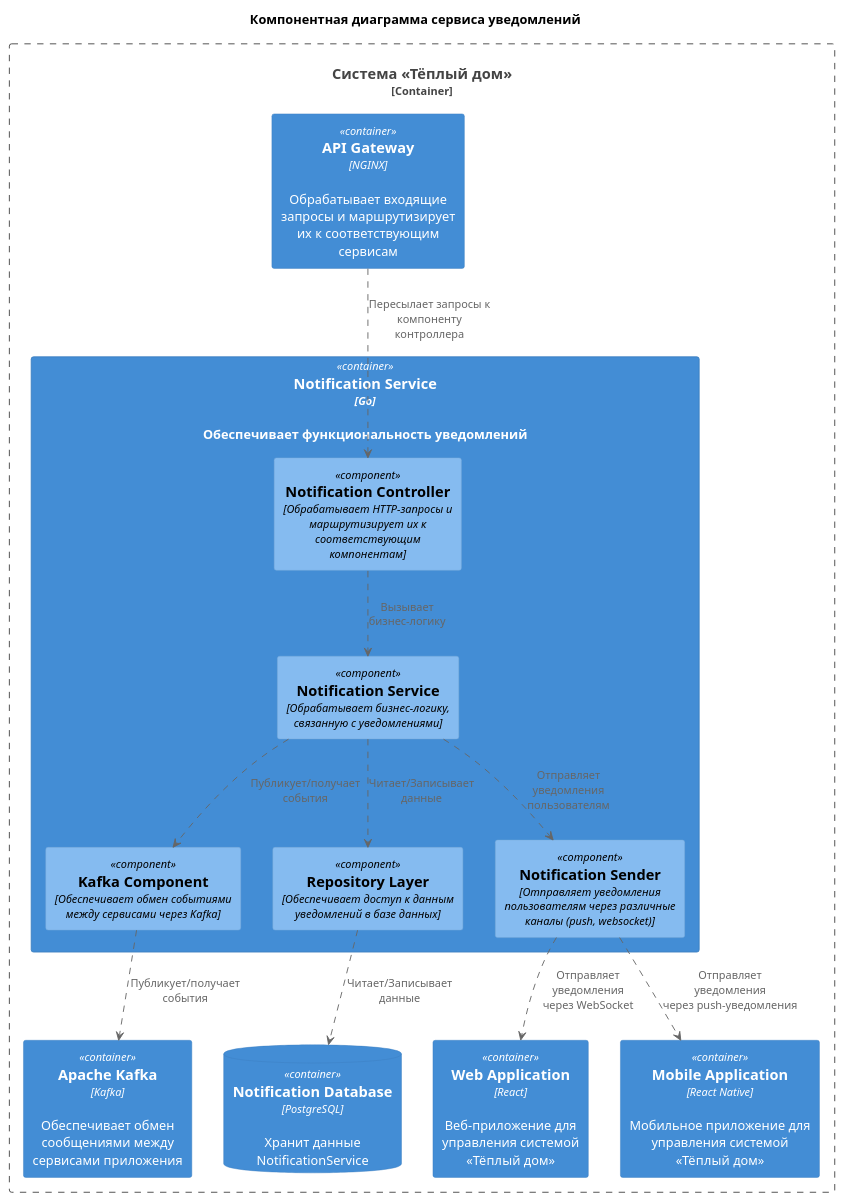
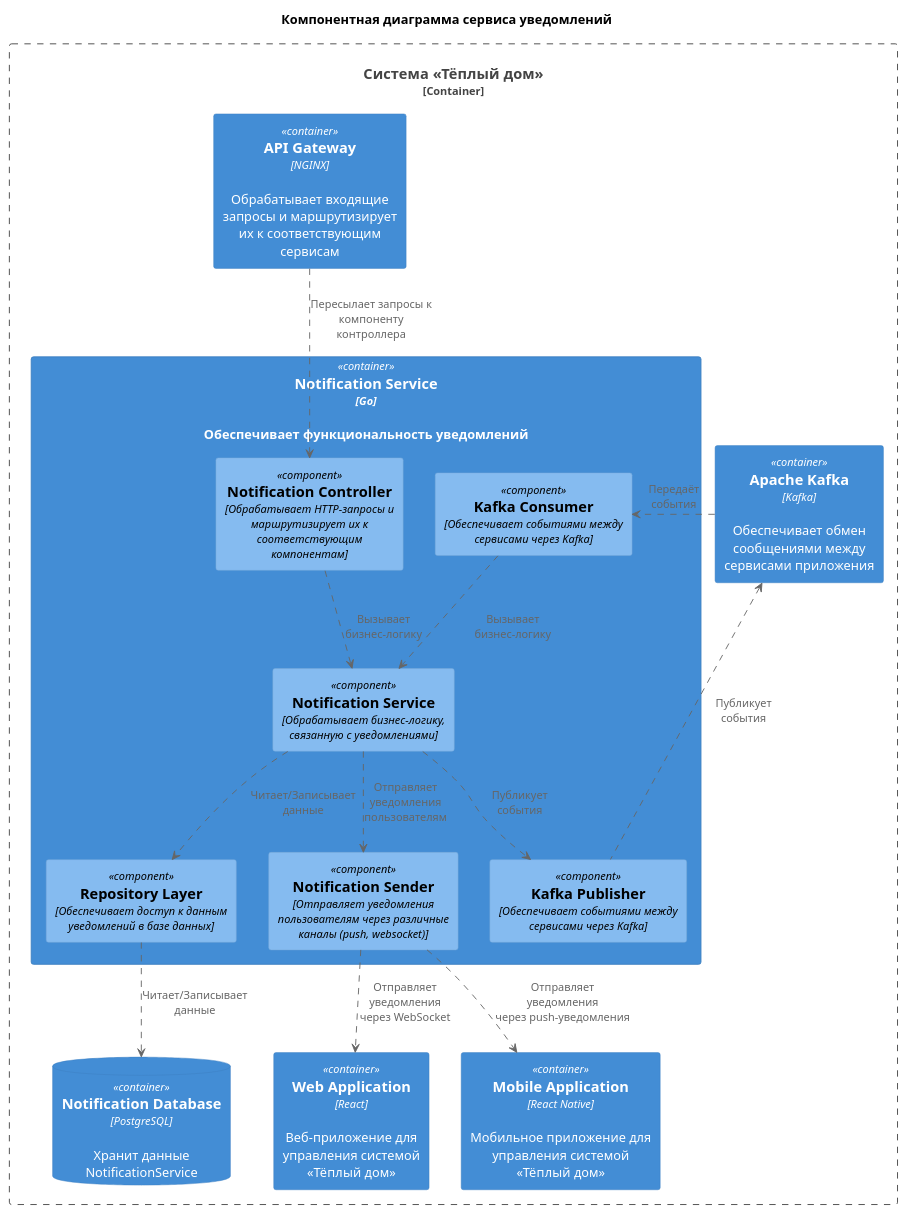
One commit to PAKETIKk/architecture-warmhouse changed the diagram in diagrams/component/component-NotificationService.puml. Above: the diagram before and after it, drawn with PlantUML. The commit also changed 4 other files, not shown here.

```diff
--- a/diagrams/component/component-NotificationService.puml
+++ b/diagrams/component/component-NotificationService.puml
@@ -1,38 +1,41 @@
 @startuml
 title Компонентная диаграмма сервиса уведомлений
 ' Импорт
 !include ../../uml-lib/C4_Component.puml
 ' Система
 Container_Boundary(system, "Система «Тёплый дом»"){
   ' Приложения
   Container(WebApp, "Web Application", "React", "Веб-приложение для управления системой «Тёплый дом»")
   Container(MobileApp, "Mobile Application", "React Native", "Мобильное приложение для управления системой «Тёплый дом»")
   ' Сервисы
   Container(NotificationService, "Notification Service", "Go", "Обеспечивает функциональность уведомлений")
   Container(ApiGateway, "API Gateway", "NGINX", "Обрабатывает входящие запросы и маршрутизирует их к соответствующим сервисам")
   ' Брокеры сообщений
   Container(Kafka, "Apache Kafka", "Kafka", "Обеспечивает обмен сообщениями между сервисами приложения")  
   ' СУБД Notification Service
   ContainerDb(NotificationDatabase, "Notification Database", "PostgreSQL", "Хранит данные NotificationService")
 }
 ' Сервис уведомлений
 Container(NotificationService, "Notification Service") {
 ' Компоненты сервиса уведомлений
   Component(ControllerComponent, "Notification Controller","Обрабатывает HTTP-запросы и маршрутизирует их к соответствующим компонентам")
   Component(ServiceComponent, "Notification Service", "Обрабатывает бизнес-логику, связанную с уведомлениями")
-  Component(KafkaComponent, "Kafka Component", "Обеспечивает обмен событиями между сервисами через Kafka")
+  Component(KafkaPublisher, "Kafka Publisher", "Обеспечивает событиями между сервисами через Kafka")
+  Component(KafkaConsumer, "Kafka Consumer", "Обеспечивает событиями между сервисами через Kafka")
   Component(RepositoryComponent, "Repository Layer", "Обеспечивает доступ к данным уведомлений в базе данных")
   Component(NotificationSenderComponent, "Notification Sender", "Отправляет уведомления пользователям через различные каналы (push, websocket)")
 }
 ' Взаимодействия компонентов
 ControllerComponent ..> ServiceComponent : "Вызывает\nбизнес-логику"
+KafkaConsumer ..> ServiceComponent : "Вызывает\nбизнес-логику"
 ServiceComponent ..> RepositoryComponent : "Читает/Записывает\nданные"
-ServiceComponent ..> KafkaComponent : "Публикует/получает\nсобытия"
-ServiceComponent ..> NotificationSenderComponent : "Отправляет уведомления\nпользователям"
+ServiceComponent ..> KafkaPublisher : "Публикует\nсобытия"
+ServiceComponent ..> NotificationSenderComponent : "Отправляет\nуведомления\nпользователям"
 RepositoryComponent ..> NotificationDatabase : "Читает/Записывает\nданные"
 ' Взаимодействия с сервисами
 ApiGateway ..> ControllerComponent : "Пересылает запросы к компоненту контроллера"
-KafkaComponent ..> Kafka : "Публикует/получает\nсобытия"
-NotificationSenderComponent ..> WebApp : "Отправляет уведомления\nчерез WebSocket"
-NotificationSenderComponent ..> MobileApp : "Отправляет уведомления\nчерез push-уведомления"
+KafkaPublisher .left.> Kafka : "Публикует\nсобытия"
+Kafka .right.> KafkaConsumer : "Передаёт\nсобытия"
+NotificationSenderComponent ..> WebApp : "Отправляет\nуведомления\nчерез WebSocket"
+NotificationSenderComponent ..> MobileApp : "Отправляет\nуведомления\nчерез push-уведомления"
 @enduml
```
